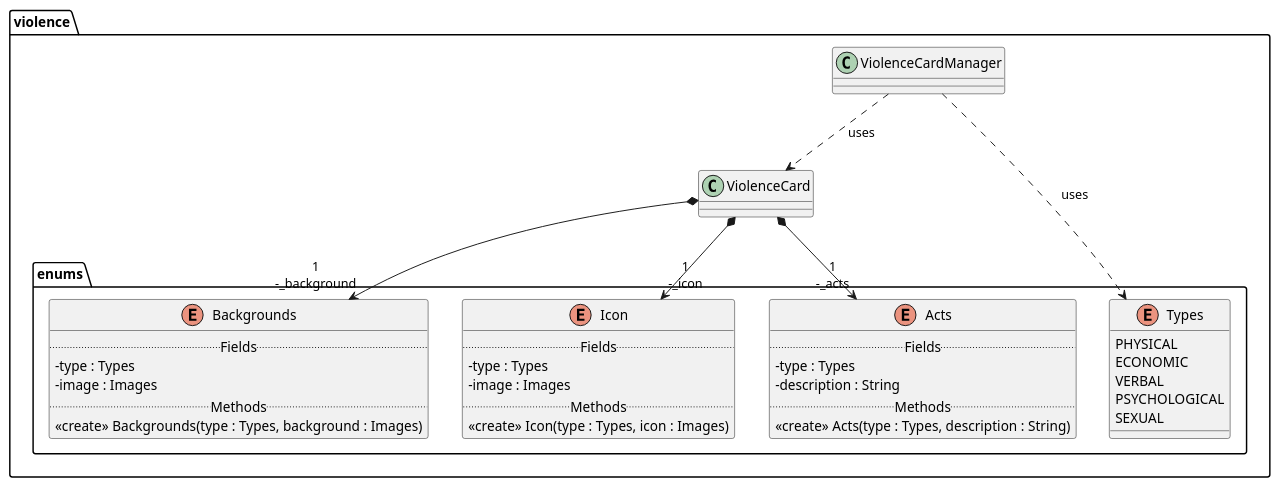
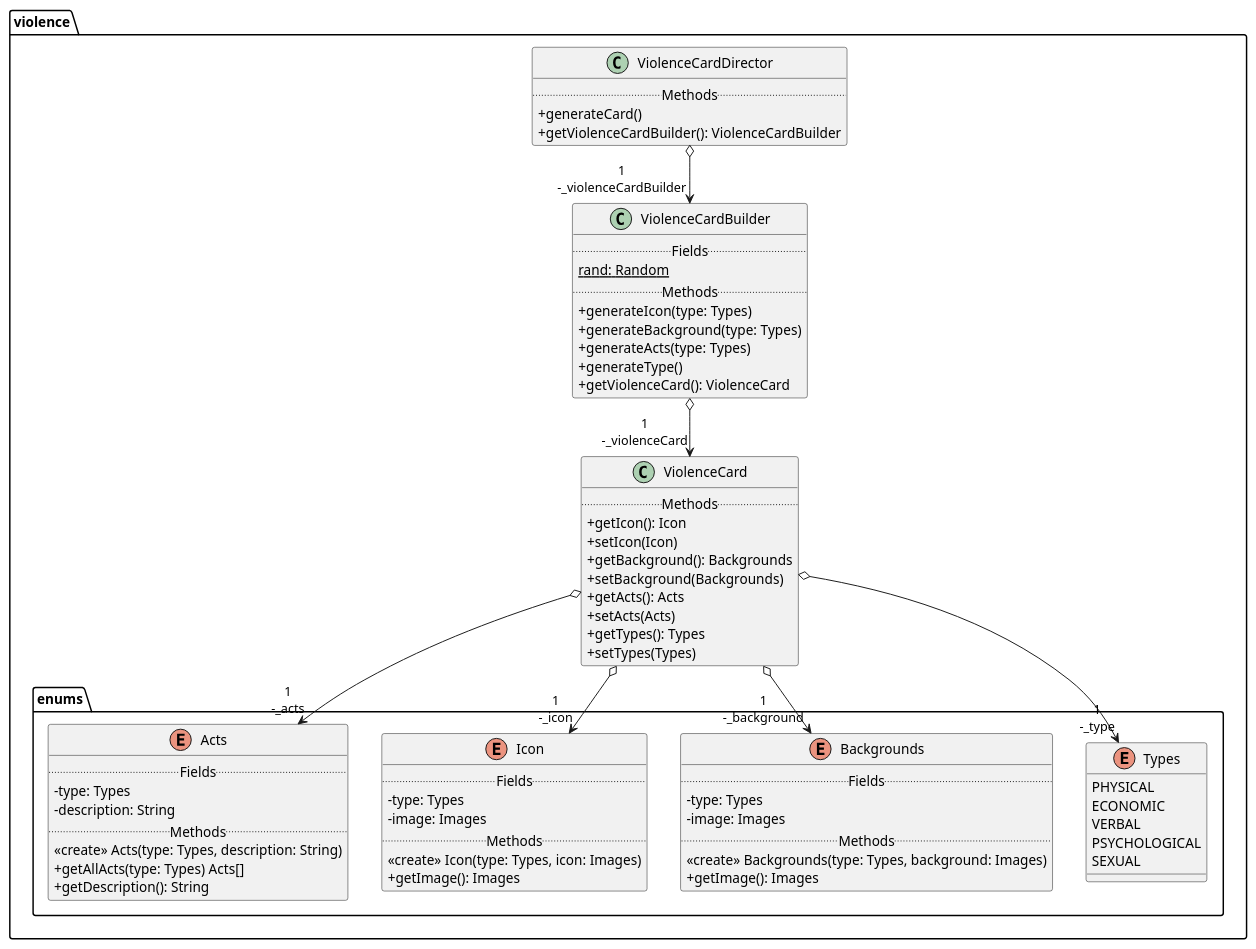
One commit to DimToups/Serious-game-about-violence changed the diagram in src/main/uml/DCC_violences.puml. Above: the diagram before and after it, drawn with PlantUML. The commit also changed 10 other files, not shown here.

Commit message:
:sparkles: finish the body of the ViolenceCard package

```diff
--- a/src/main/uml/DCC_violences.puml
+++ b/src/main/uml/DCC_violences.puml
@@ -1,43 +1,73 @@
 @startuml
 skinparam classAttributeIconSize 0
 
 package violence{
-    class ViolenceCard
-    class ViolenceCardManager
+    class ViolenceCard{
+        ..Methods..
+        + getIcon(): Icon
+        + setIcon(Icon)
+        + getBackground(): Backgrounds
+        +setBackground(Backgrounds)
+        + getActs(): Acts
+        + setActs(Acts)
+        + getTypes(): Types
+        + setTypes(Types)
+    }
+    class ViolenceCardBuilder{
+        ..Fields..
+        rand: Random {static}
+        ..Methods..
+        + generateIcon(type: Types)
+        + generateBackground(type: Types)
+        + generateActs(type: Types)
+        + generateType()
+        + getViolenceCard(): ViolenceCard
+    }
+    class ViolenceCardDirector {
+        ..Methods..
+        + generateCard()
+        + getViolenceCardBuilder(): ViolenceCardBuilder
+    }
     package enums {
         enum Types{
             PHYSICAL
             ECONOMIC
             VERBAL
             PSYCHOLOGICAL
             SEXUAL
         }
         enum Backgrounds{
             ..Fields..
-            - type : Types
-            - image : Images
+            - type: Types
+            - image: Images
             ..Methods..
-            <<create>> Backgrounds(type : Types, background : Images)
+            <<create>> Backgrounds(type: Types, background: Images)
+            + getImage(): Images
         }
         enum Icon{
             ..Fields..
-            - type : Types
-            - image : Images
+            - type: Types
+            - image: Images
             ..Methods..
-            <<create>> Icon(type : Types, icon : Images)
+            <<create>> Icon(type: Types, icon: Images)
+            + getImage(): Images
         }
         enum Acts{
         ..Fields..
-        - type : Types
-        - description : String
+        - type: Types
+        - description: String
         ..Methods..
-        <<create>> Acts(type : Types, description : String)
+        <<create>> Acts(type: Types, description: String)
+        + getAllActs(type: Types) Acts[]
+        + getDescription(): String
         }
     }
 }
-violence.ViolenceCard *-->"1\n-_icon" violence.enums.Icon
-violence.ViolenceCard *-->"1\n-_background" violence.enums.Backgrounds
-violence.ViolenceCard *-->"1\n-_acts" violence.enums.Acts
-violence.ViolenceCardManager ..> violence.ViolenceCard : uses
-violence.ViolenceCardManager ..> violence.enums.Types : uses
+violence.ViolenceCard o-->"1\n-_icon" violence.enums.Icon
+violence.ViolenceCard o-->"1\n-_background" violence.enums.Backgrounds
+violence.ViolenceCard o-->"1\n-_acts" violence.enums.Acts
+violence.ViolenceCard o-->"1\n-_type" violence.enums.Types
+violence.ViolenceCardBuilder o-->"1\n-_violenceCard" violence.ViolenceCard
+violence.ViolenceCardDirector o-->"1\n-_violenceCardBuilder" violence.ViolenceCardBuilder
+
 @enduml
```
